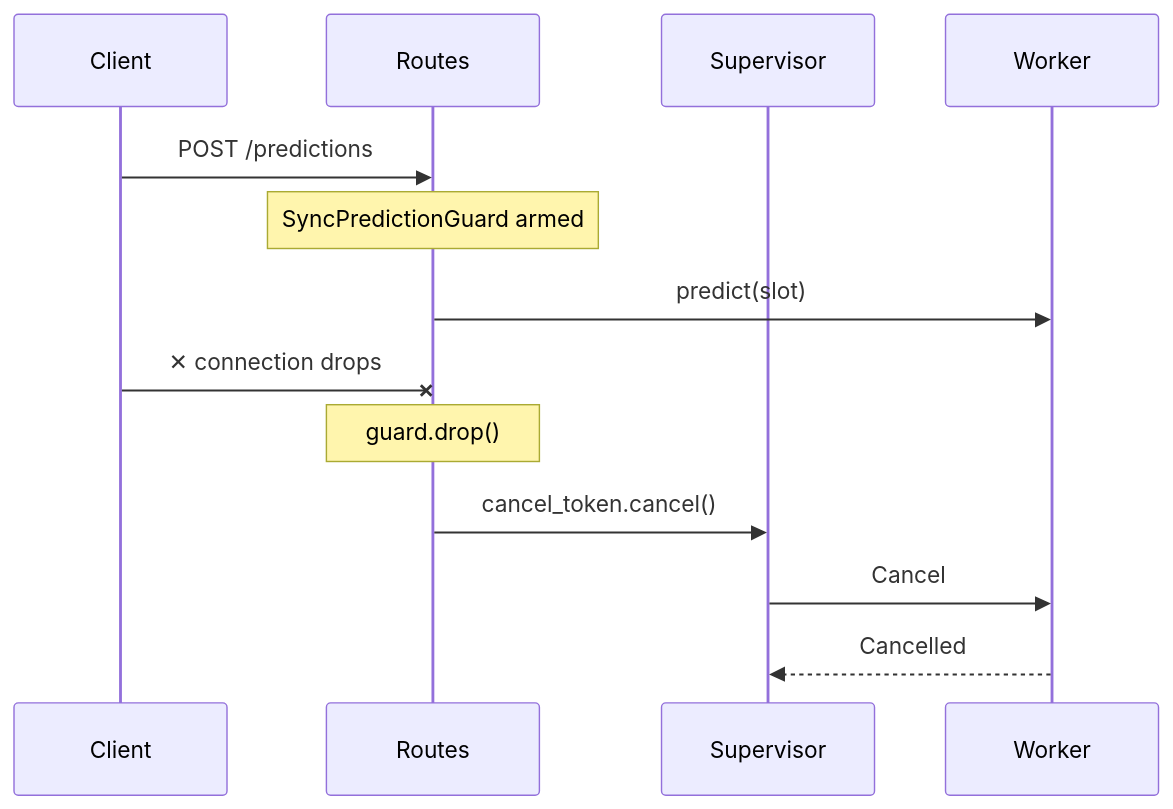
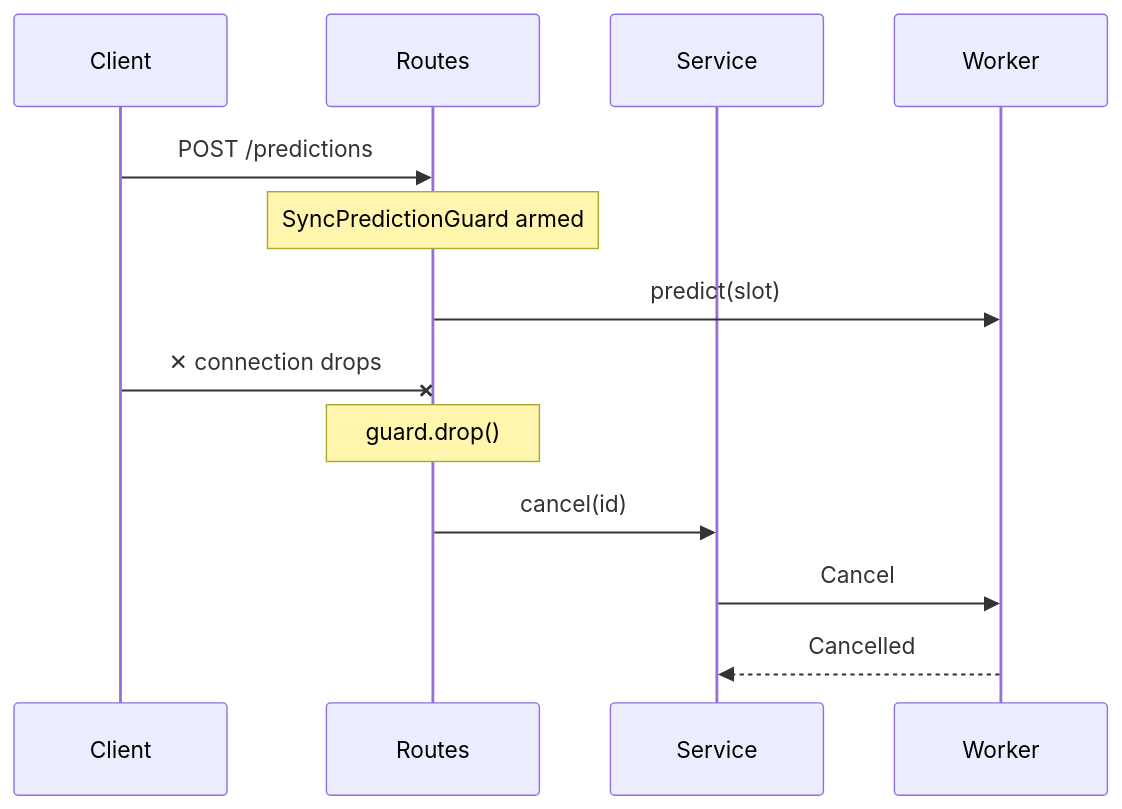
One commit to rdhanarot/cog changed the fifth of 5 diagrams in architecture/ffi/04-container-runtime.md. Above: the diagram before and after it, drawn with Mermaid. The commit also changed other lines of this file and 11 other files, not shown here.

````diff
--- a/architecture/ffi/04-container-runtime.md
+++ b/architecture/ffi/04-container-runtime.md
@@ -241,18 +246,18 @@
 ```mermaid
 sequenceDiagram
     participant Client
     participant Routes
-    participant Supervisor
+    participant Service
     participant Worker
     
     Client->>Routes: POST /predictions
     Note over Routes: SyncPredictionGuard armed
     Routes->>Worker: predict(slot)
     
     Client-xRoutes: ✕ connection drops
     
     Note over Routes: guard.drop()
-    Routes->>Supervisor: cancel_token.cancel()
-    Supervisor->>Worker: Cancel
-    Worker-->>Supervisor: Cancelled
+    Routes->>Service: cancel(id)
+    Service->>Worker: Cancel
+    Worker-->>Service: Cancelled
 ```
````
